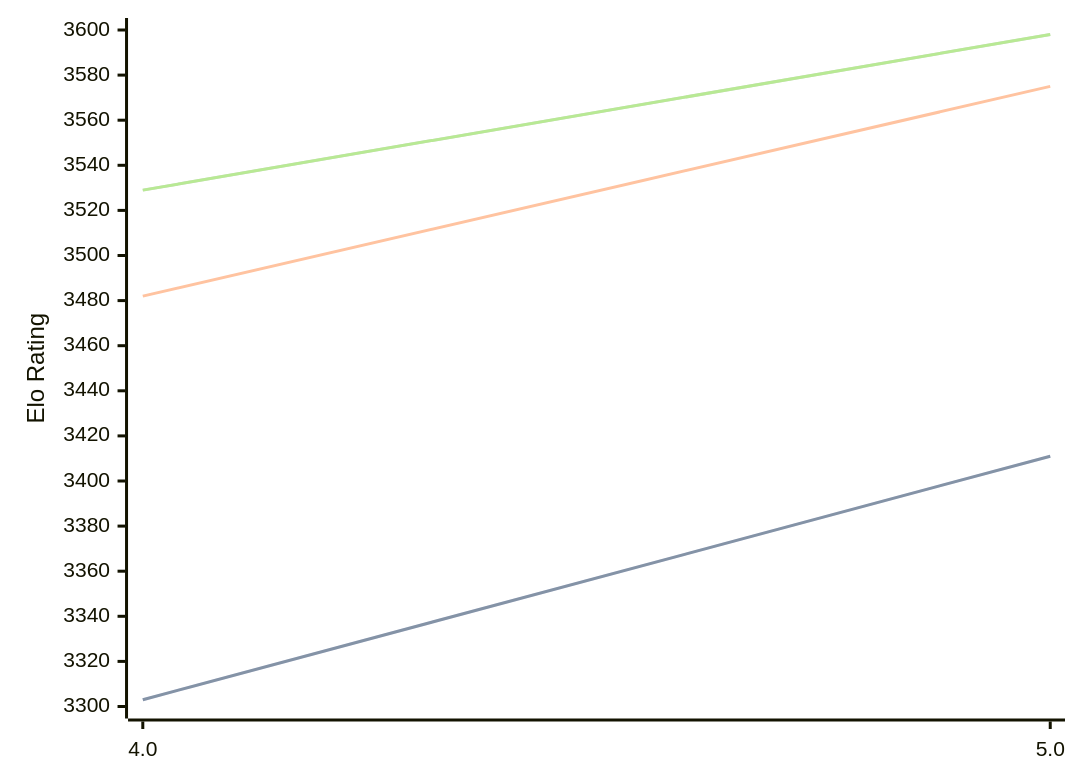
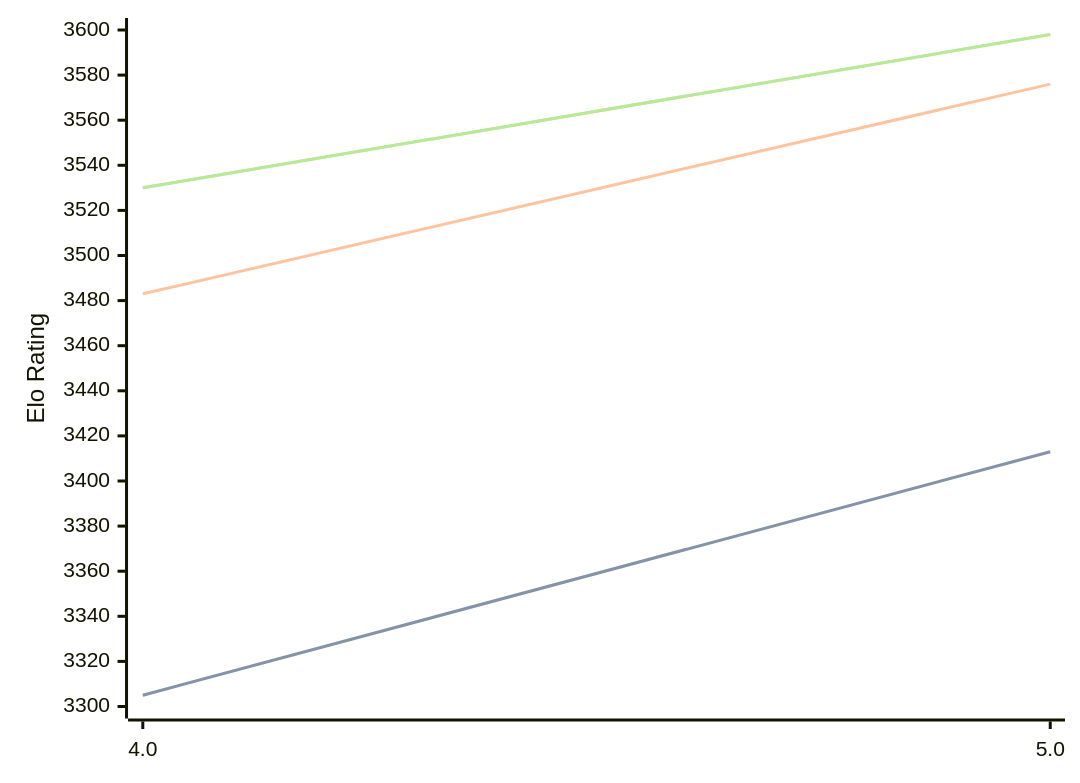
One commit to computer-chess-index/cci changed the diagram in engines/Tarnished.md. Above: the diagram before and after it, drawn with Mermaid. The commit also changed other lines of this file, not shown here.

Commit message:
Update CCI Ratings (ELO VLTC) - 2026-05-16

````diff
--- a/engines/Tarnished.md
+++ b/engines/Tarnished.md
@@ -36,11 +36,11 @@
 ```mermaid
 %%{init: {"theme":"base","themeVariables":{"seriesColors:['#a3a3a3','#222221','#faa371']}}}%%
 xychart-beta
   x-axis ["4.0", "5.0"]
   y-axis "Elo Rating" 3300 --> 3600
-  line "STC (8.0+0.08s)" [3303, 3411]
-  line "STC (8.0+0.08s)" [3303, 3411]
-  line "LTC (60.0+0.60s)" [3482, 3575]
-  line "VLTC (2m24s+1.12s)" [3529, 3598]
-  line "VLTC (2m24s+1.12s)" [3529, 3598]
+  line "STC (8.0+0.08s)" [3305, 3413]
+  line "STC (8.0+0.08s)" [3305, 3413]
+  line "LTC (60.0+0.60s)" [3483, 3576]
+  line "VLTC (2m24s+1.12s)" [3530, 3598]
+  line "VLTC (2m24s+1.12s)" [3530, 3598]
 ```
````
